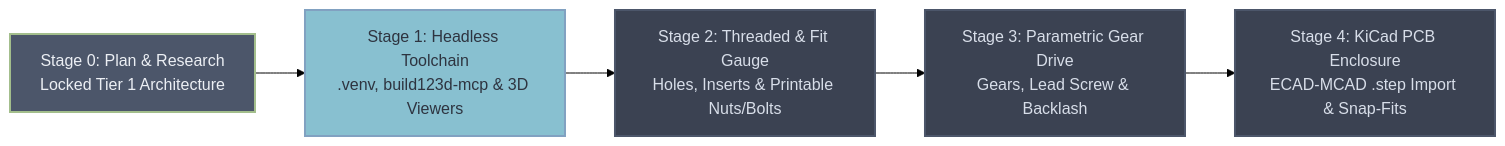
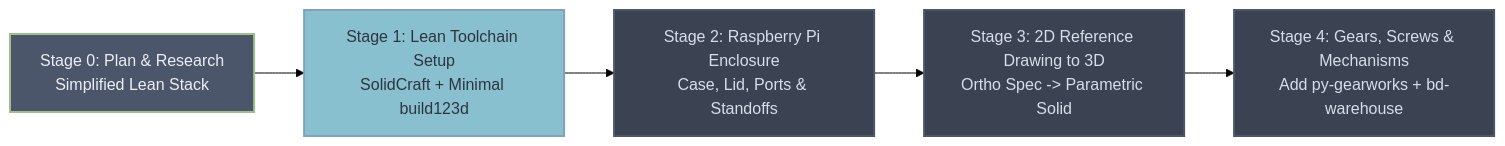
One commit to DevilSu/learn_AI_CAD_design changed the diagram in readme.md. Above: the diagram before and after it, drawn with Mermaid (forest theme). The commit also changed other lines of this file and 1 other file, not shown here.

Commit message:
docs: simplify CAD plan and update roadmap to RPi enclosure, reference drawings, and gears

````diff
--- a/readme.md
+++ b/readme.md
@@ -30,12 +30,12 @@
 ```mermaid
 graph LR
     classDef done fill:#4C566A,stroke:#A3BE8C,stroke-width:2px,color:#ECEFF4;
     classDef next fill:#88C0D0,stroke:#81A1C1,stroke-width:2px,color:#2E3440;
     classDef future fill:#3B4252,stroke:#4C566A,stroke-width:2px,color:#D8DEE9;
 
-    S0["Stage 0: Plan & Research<br/>Locked Tier 1 Architecture"]:::done -->
-    S1["Stage 1: Headless Toolchain<br/>.venv, build123d-mcp & 3D Viewers"]:::next -->
-    S2["Stage 2: Threaded & Fit Gauge<br/>Holes, Inserts & Printable Nuts/Bolts"]:::future -->
-    S3["Stage 3: Parametric Gear Drive<br/>Gears, Lead Screw & Backlash"]:::future -->
-    S4["Stage 4: KiCad PCB Enclosure<br/>ECAD-MCAD .step Import & Snap-Fits"]:::future
+    S0["Stage 0: Plan & Research<br/>Simplified Lean Stack"]:::done -->
+    S1["Stage 1: Lean Toolchain Setup<br/>SolidCraft + Minimal build123d"]:::next -->
+    S2["Stage 2: Raspberry Pi Enclosure<br/>Case, Lid, Ports & Standoffs"]:::future -->
+    S3["Stage 3: 2D Reference Drawing to 3D<br/>Ortho Spec -> Parametric Solid"]:::future -->
+    S4["Stage 4: Gears, Screws & Mechanisms<br/>Add py-gearworks + bd-warehouse"]:::future
 ```
````
